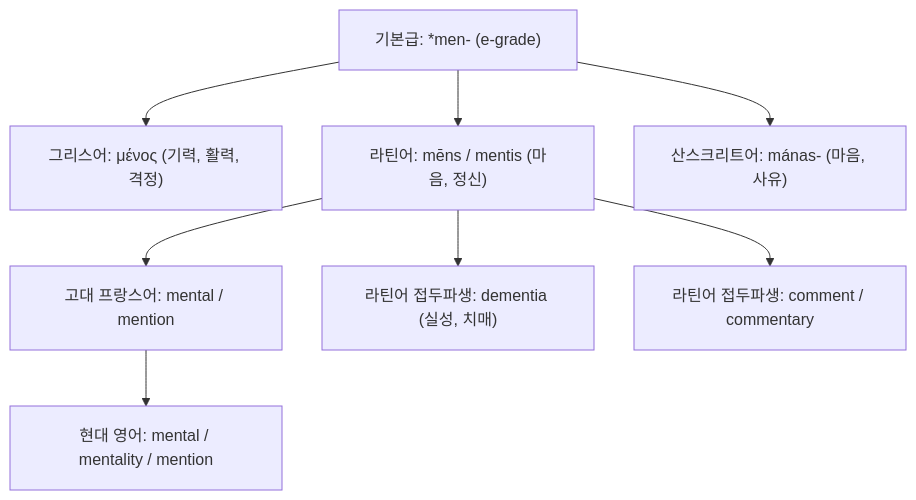
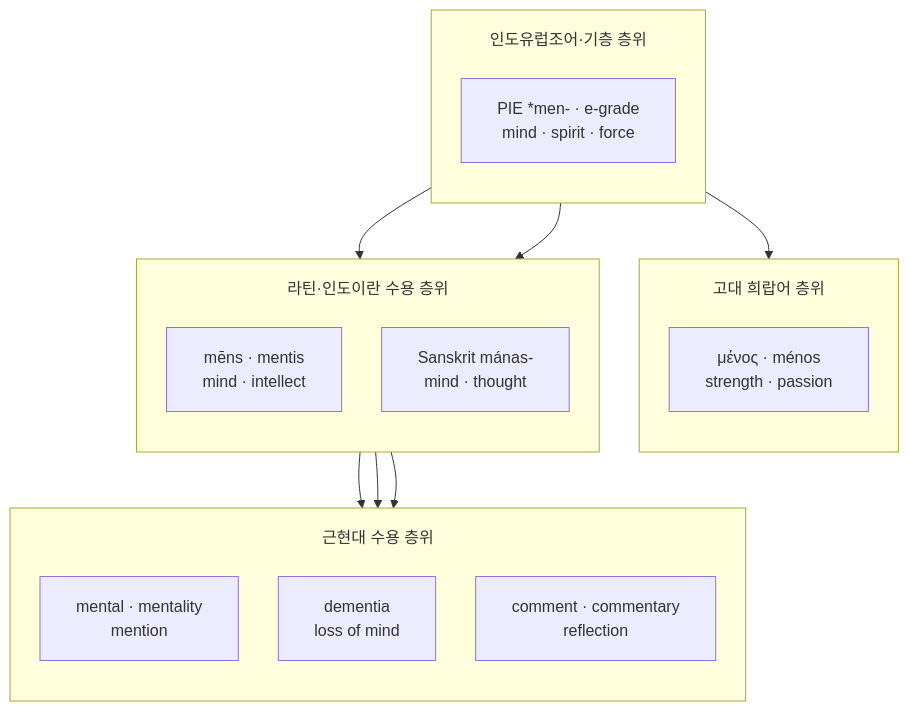
One commit to YgHnSIM/Homer_wiki changed the second of 5 diagrams in words/word-menis.md. Above: the diagram before and after it, drawn with Mermaid. The commit also changed other lines of this file, not shown here.

Commit message:
refactor(word-menis): Type C etymology Mermaid

````diff
--- a/words/word-menis.md
+++ b/words/word-menis.md
@@ -70,11 +89,28 @@
 ```mermaid
 %%{init: {'flowchart': {'useMaxWidth': true, 'nodeSpacing': 40, 'rankSpacing': 56, 'padding': 18, 'subGraphTitleMargin': {'top': 18, 'bottom': 10}}}}%%
 flowchart TD
-    FULL["기본급: *men- (e-grade)"] --> GRK_MENOS["그리스어: μένος (기력, 활력, 격정)"]
-    FULL --> LAT_MENS["라틴어: mēns / mentis (마음, 정신)"]
-    FULL --> SAN_MANAS["산스크리트어: mánas- (마음, 사유)"]
-    LAT_MENS --> FRA_MENT["고대 프랑스어: mental / mention"]
-    FRA_MENT --> MOD_MENT["현대 영어: mental / mentality / mention"]
-    LAT_MENS --> MOD_DEM["라틴어 접두파생: dementia (실성, 치매)"]
-    LAT_MENS --> MOD_COM["라틴어 접두파생: comment / commentary"]
+    subgraph PIE_Stage ["인도유럽조어·기층 층위"]
+        direction TB
+        FULL["PIE *men- · e-grade<br/>mind · spirit · force"]:::substrate
+    end
+    subgraph Greek_Stage ["고대 희랍어 층위"]
+        direction TB
+        GRK["μένος · ménos<br/>strength · passion"]:::greek
+    end
+    subgraph Latin_Stage ["라틴·인도이란 수용 층위"]
+        direction TB
+        MENS["mēns · mentis<br/>mind · intellect"]:::latin
+        MANAS["Sanskrit mánas-<br/>mind · thought"]:::latin
+    end
+    subgraph Modern_Stage ["근현대 수용 층위"]
+        direction TB
+        MENT["mental · mentality<br/>mention"]:::english
+        DEM["dementia<br/>loss of mind"]:::english
+        COM["comment · commentary<br/>reflection"]:::english
+    end
+    FULL --> GRK
+    FULL --> MENS --> MENT
+    MENS --> DEM
+    MENS --> COM
+    FULL --> MANAS
 ```
````
